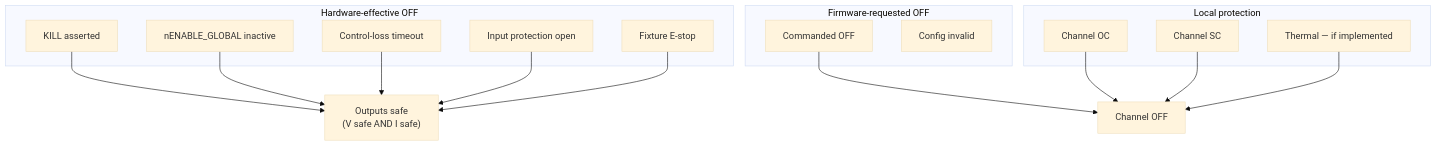
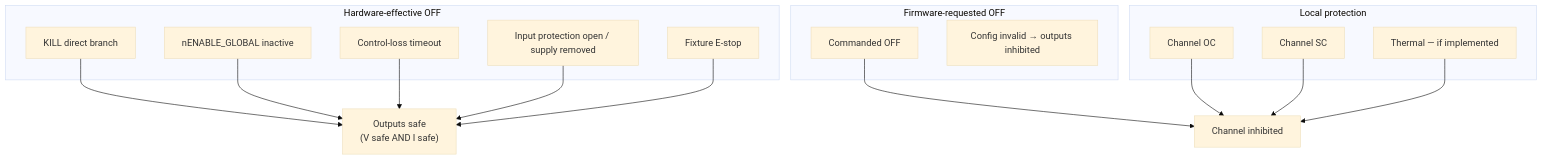
Before and after one commit to Gr1mSkull/Project-Drive-Core: the fifth of 6 diagrams in docs/DevKit/DevKit_Functional_Block_Diagram.md, drawn with Mermaid (base theme). The commit also changed other lines of this file and 9 other files, not shown here.

First line of the commit message:
WP-010-R1: Functional electrical architecture consistency corrections

````diff
--- a/docs/DevKit/DevKit_Functional_Block_Diagram.md
+++ b/docs/DevKit/DevKit_Functional_Block_Diagram.md
@@ -138,25 +159,25 @@
 ```mermaid
 flowchart TB
     subgraph HW["Hardware-effective OFF"]
-        P1["KILL asserted"]
+        P1["KILL direct branch"]
         P2["nENABLE_GLOBAL inactive"]
         P3["Control-loss timeout"]
-        P4["Input protection open"]
+        P4["Input protection open / supply removed"]
         P5["Fixture E-stop"]
     end
 
     subgraph FW["Firmware-requested OFF"]
         P6["Commanded OFF"]
-        P7["Config invalid"]
+        P7["Config invalid → outputs inhibited"]
     end
 
     subgraph LOC["Local protection"]
         P8["Channel OC"]
         P9["Channel SC"]
         P10["Thermal — if implemented"]
     end
 
     P1 & P2 & P3 & P4 & P5 --> SAFE["Outputs safe<br/>(V safe AND I safe)"]
-    P6 --> CHOFF["Channel OFF"]
+    P6 --> CHOFF["Channel inhibited"]
     P8 & P9 & P10 --> CHOFF
 ```
````
